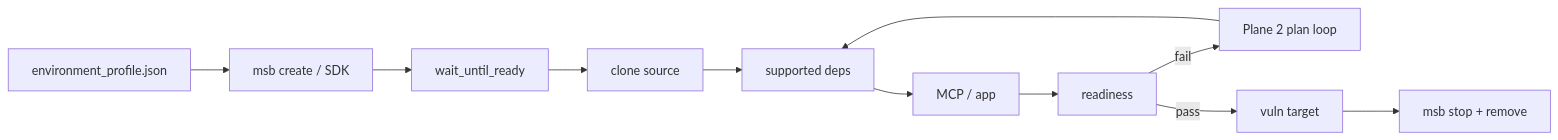
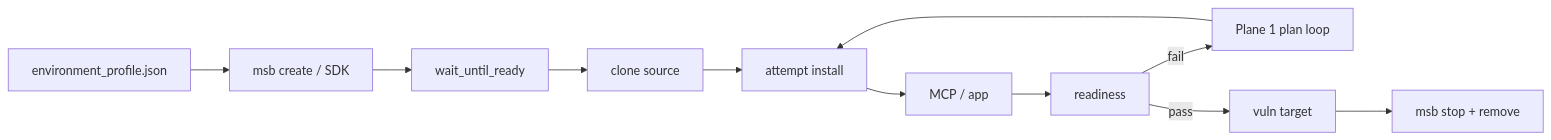
Before and after one commit to ludvigodin/killhub: the diagram in IMPLEMENTATION_TEST_VM.md, drawn with Mermaid. The commit also changed other lines of this file and 10 other files, not shown here.

````diff
--- a/IMPLEMENTATION_TEST_VM.md
+++ b/IMPLEMENTATION_TEST_VM.md
@@ -65,13 +64,13 @@
 ```mermaid
 flowchart LR
   Profile["environment_profile.json"] --> Create["msb create / SDK"]
   Create --> Ready["wait_until_ready"]
   Ready --> Clone["clone source"]
-  Clone --> Deps["supported deps"]
+  Clone --> Deps["attempt install"]
   Deps --> Launch["MCP / app"]
   Launch --> Probe["readiness"]
-  Probe -->|fail| Retry["Plane 2 plan loop"]
+  Probe -->|fail| Retry["Plane 1 plan loop"]
   Retry --> Deps
   Probe -->|pass| Scan["vuln target"]
   Scan --> Destroy["msb stop + remove"]
 ```
````
